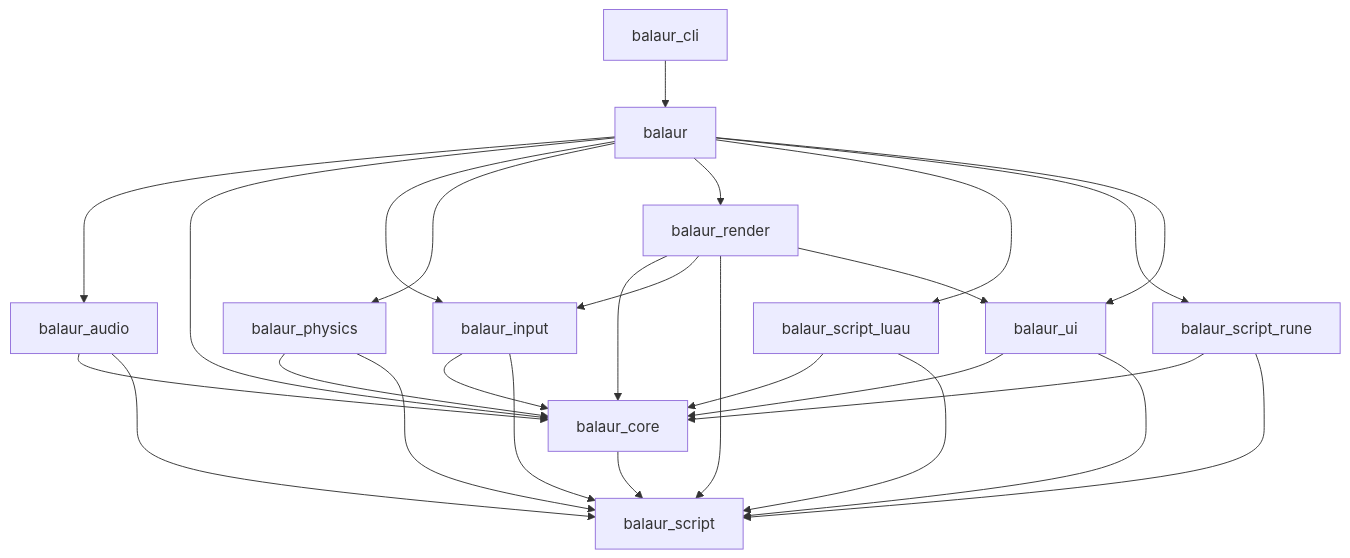
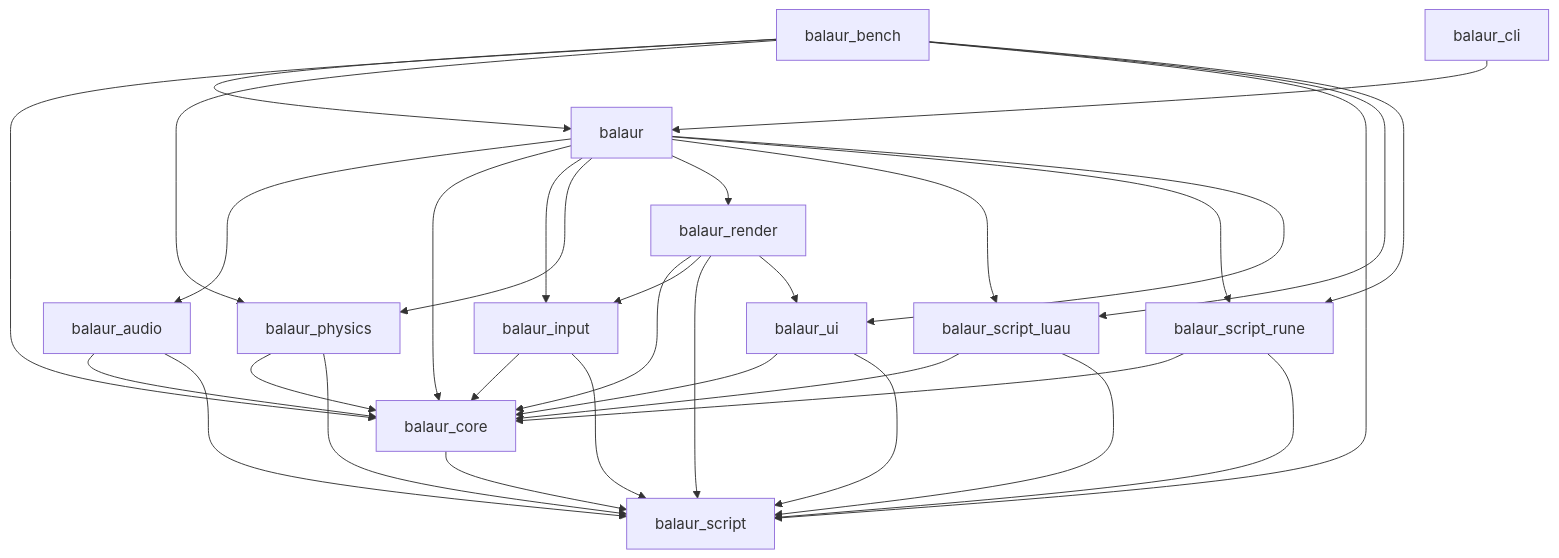
Before and after one commit to balaurengine/balaur: the diagram in docs/generated/crate-graph.md, drawn with Mermaid. The commit also changed 9 other files, not shown here.

````diff
--- a/docs/generated/crate-graph.md
+++ b/docs/generated/crate-graph.md
@@ -8,40 +8,47 @@
 ```mermaid
 graph TD
   balaur[balaur]
   balaur_audio[balaur_audio]
+  balaur_bench[balaur_bench]
   balaur_cli[balaur_cli]
   balaur_core[balaur_core]
   balaur_input[balaur_input]
   balaur_physics[balaur_physics]
   balaur_render[balaur_render]
   balaur_script[balaur_script]
   balaur_script_luau[balaur_script_luau]
   balaur_script_rune[balaur_script_rune]
   balaur_ui[balaur_ui]
   balaur --> balaur_audio
   balaur --> balaur_core
   balaur --> balaur_input
   balaur --> balaur_physics
   balaur --> balaur_render
   balaur --> balaur_script_luau
   balaur --> balaur_script_rune
   balaur --> balaur_ui
   balaur_audio --> balaur_core
   balaur_audio --> balaur_script
+  balaur_bench --> balaur
+  balaur_bench --> balaur_core
+  balaur_bench --> balaur_physics
+  balaur_bench --> balaur_script
+  balaur_bench --> balaur_script_luau
+  balaur_bench --> balaur_script_rune
   balaur_cli --> balaur
   balaur_core --> balaur_script
   balaur_input --> balaur_core
   balaur_input --> balaur_script
   balaur_physics --> balaur_core
   balaur_physics --> balaur_script
   balaur_render --> balaur_core
   balaur_render --> balaur_input
   balaur_render --> balaur_script
   balaur_render --> balaur_ui
   balaur_script_luau --> balaur_core
   balaur_script_luau --> balaur_script
   balaur_script_rune --> balaur_core
   balaur_script_rune --> balaur_script
   balaur_ui --> balaur_core
   balaur_ui --> balaur_script
 ```
````
